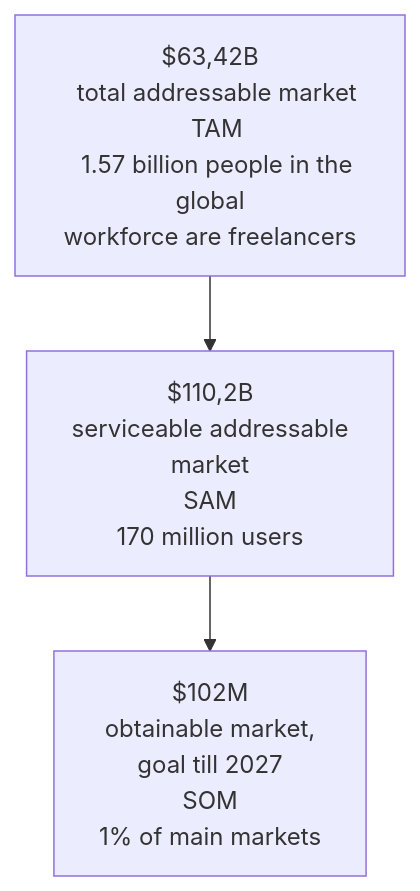
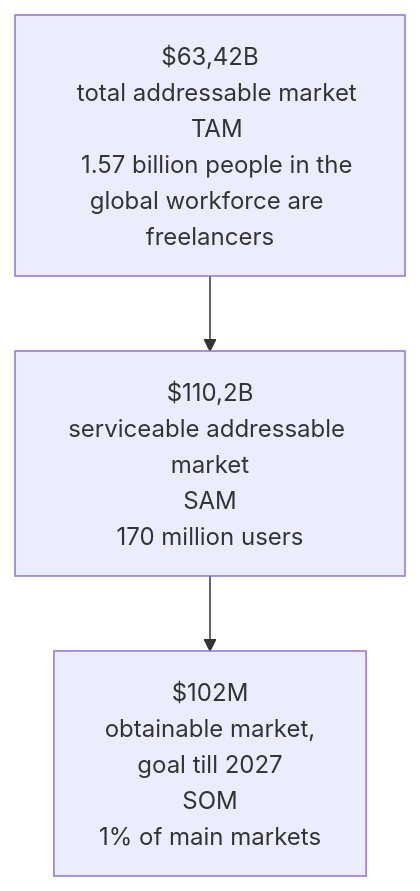
The second of 2 diagrams in pres.md (galichy79/Bot_presentation), drawn with Mermaid before and after one commit. The commit also changed 2 other files, not shown here.

Commit message:
PDF update

````diff
--- a/pres.md
+++ b/pres.md
@@ -39,17 +39,15 @@
 ```mermaid
 graph TD
   Square1[$63,42B
   total addressable market
   TAM
-   1.57 billion people in the global
-workforce are freelancers] --> Square2[$110,2B
-serviceable addressable
-market
+   1.57 billion people in the global workforce are freelancers] --> Square2[$110,2B
+serviceable addressable market
 SAM
 170 million users]
   Square2 --> Square3[$102M
   obtainable market,
 goal till 2027
 SOM
 1% of main markets]
 ```
````
